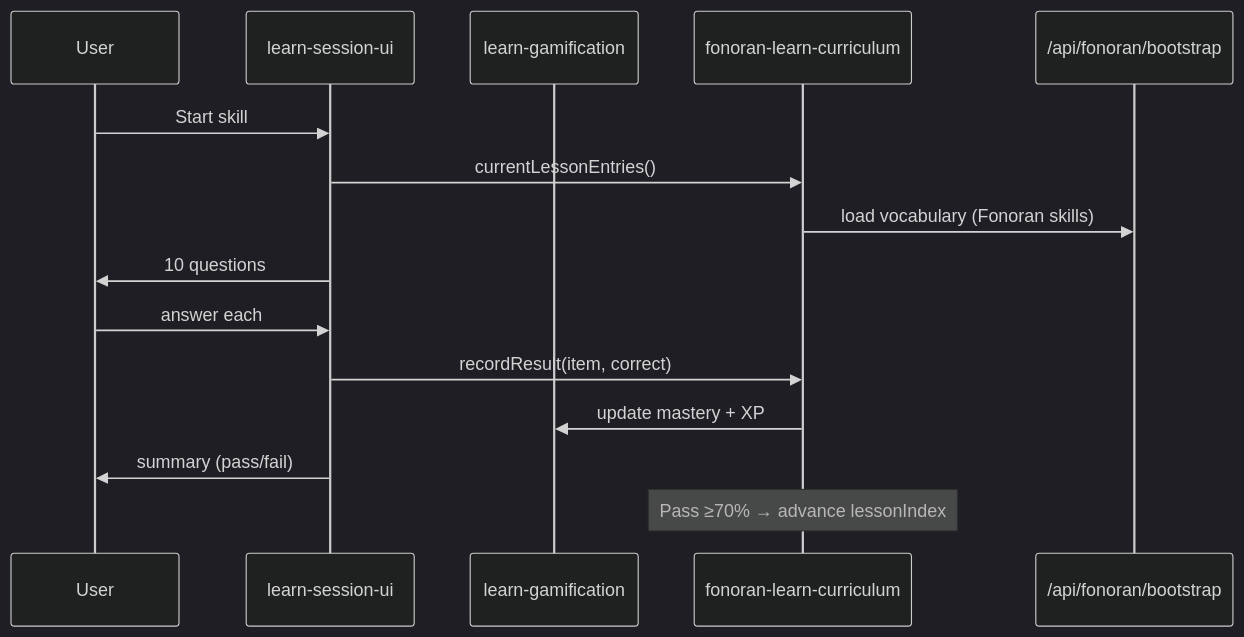
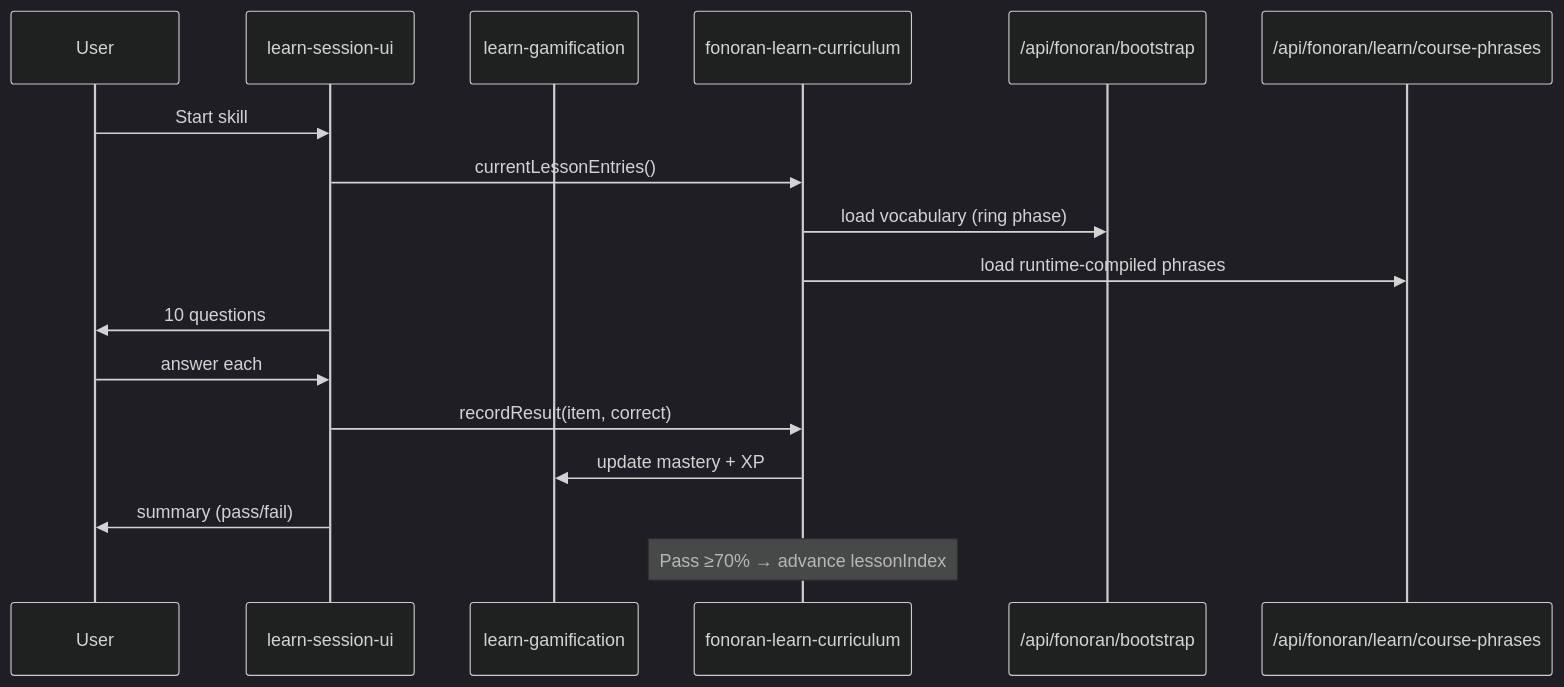
The third of 3 diagrams in docs/fonoran-learn.md (Fonora/fonora), drawn with Mermaid (dark theme) before and after one commit. The commit also changed other lines of this file and 14 other files, not shown here.

First line of the commit message:
Add runtime Learn phrase compile and hybrid ring curriculum.

````diff
--- a/docs/fonoran-learn.md
+++ b/docs/fonoran-learn.md
@@ -108,18 +115,20 @@
 ```mermaid
 sequenceDiagram
   participant User
   participant Session as learn-session-ui
   participant Gamify as learn-gamification
   participant Curr as fonoran-learn-curriculum
   participant API as /api/fonoran/bootstrap
+  participant Phrases as /api/fonoran/learn/course-phrases
 
   User->>Session: Start skill
   Session->>Curr: currentLessonEntries()
-  Curr->>API: load vocabulary (Fonoran skills)
+  Curr->>API: load vocabulary (ring phase)
+  Curr->>Phrases: load runtime-compiled phrases
   Session->>User: 10 questions
   User->>Session: answer each
   Session->>Curr: recordResult(item, correct)
   Curr->>Gamify: update mastery + XP
   Session->>User: summary (pass/fail)
   Note over Curr: Pass ≥70% → advance lessonIndex
 ```
````
